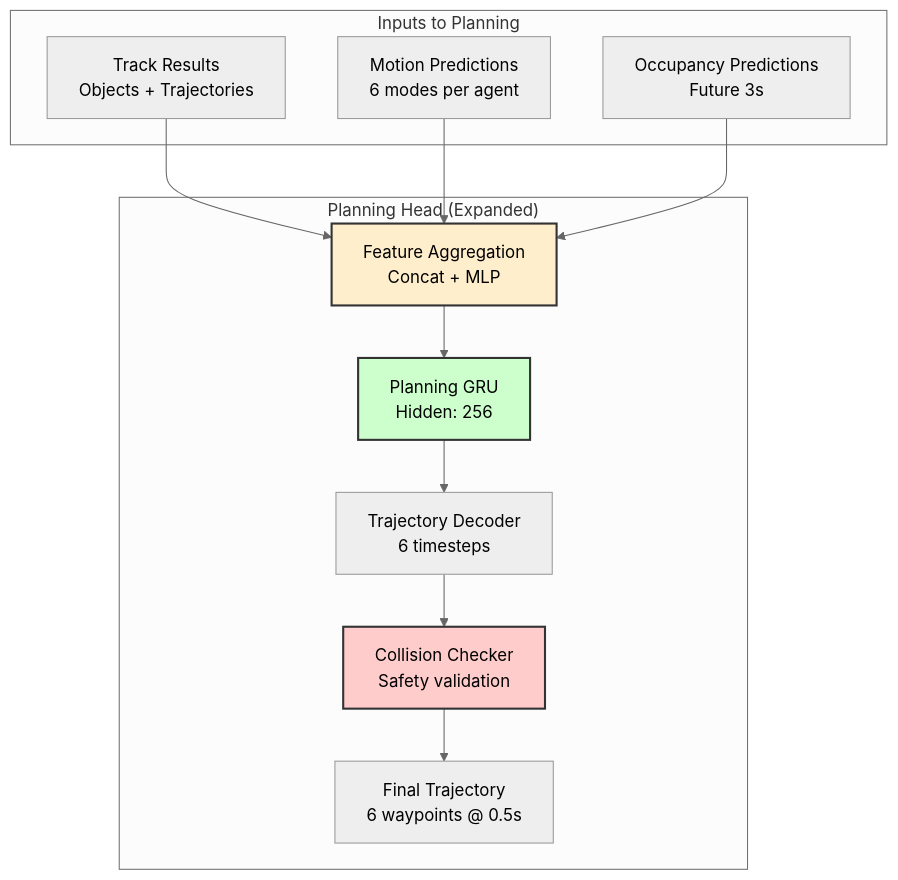
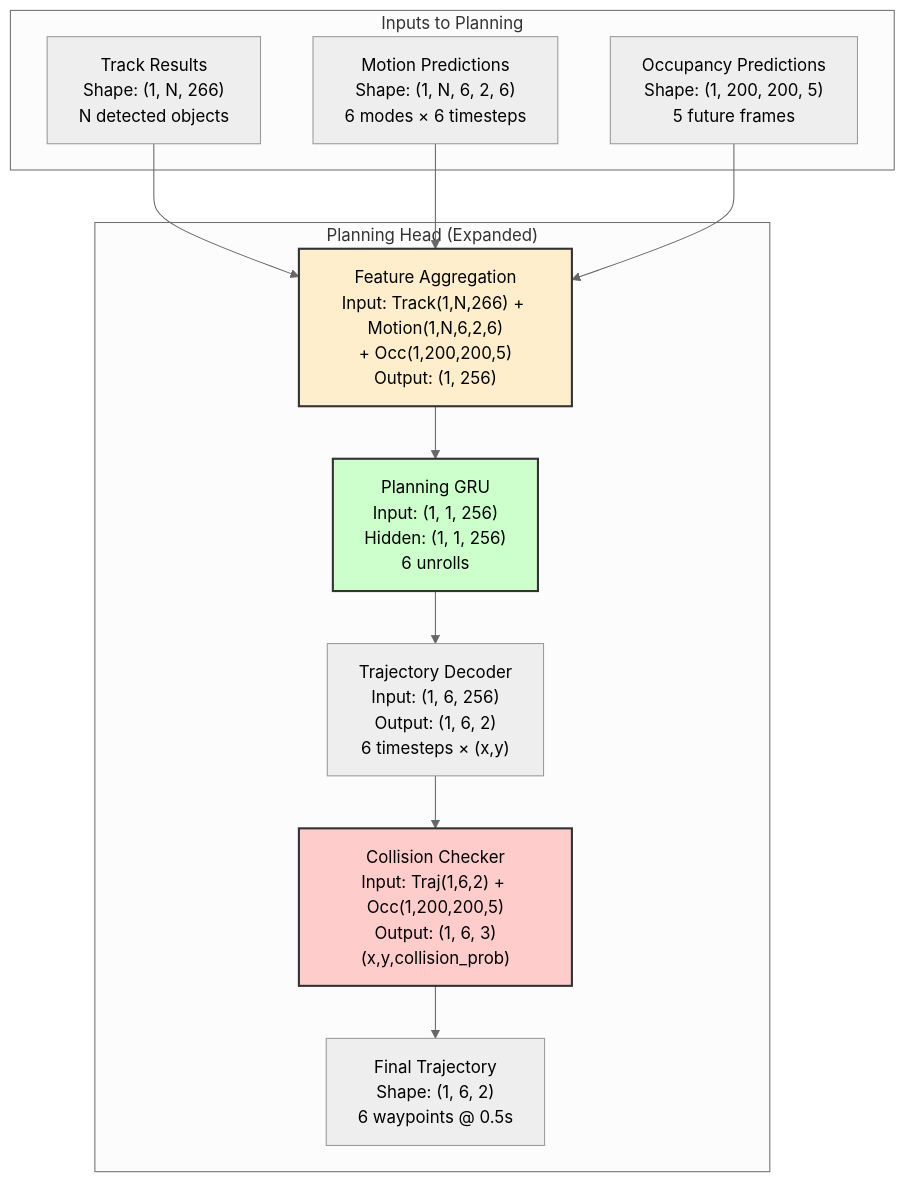
The fifth of 9 diagrams in tools/pytorch_op_tracer/SPEC.md (litanlitudan/UniAD), drawn with Mermaid (neutral theme) before and after one commit. The commit also changed other lines of this file, not shown here.

Commit message:
feat: enhance SPEC.md with detailed tensor shape tracking and visualization options for UniAD

````diff
--- a/tools/pytorch_op_tracer/SPEC.md
+++ b/tools/pytorch_op_tracer/SPEC.md
@@ -555,27 +698,27 @@
 ```mermaid
 graph TB
-    %% Expanded view of Planning Head with dependencies
+    %% Expanded view of Planning Head with tensor shapes
     subgraph "Inputs to Planning"
-        TrackResults[Track Results<br/>Objects + Trajectories]
-        MotionPred[Motion Predictions<br/>6 modes per agent]
-        OccPred[Occupancy Predictions<br/>Future 3s]
+        TrackResults["Track Results<br/>Shape: (1, N, 266)<br/>N detected objects"]
+        MotionPred["Motion Predictions<br/>Shape: (1, N, 6, 2, 6)<br/>6 modes × 6 timesteps"]
+        OccPred["Occupancy Predictions<br/>Shape: (1, 200, 200, 5)<br/>5 future frames"]
     end
     
     subgraph "Planning Head (Expanded)"
-        TrackResults --> FeatureAgg[Feature Aggregation<br/>Concat + MLP]
+        TrackResults --> FeatureAgg["Feature Aggregation<br/>Input: Track(1,N,266) + Motion(1,N,6,2,6)<br/>+ Occ(1,200,200,5)<br/>Output: (1, 256)"]
         MotionPred --> FeatureAgg
         OccPred --> FeatureAgg
         
-        FeatureAgg --> PlanningGRU[Planning GRU<br/>Hidden: 256]
+        FeatureAgg --> PlanningGRU["Planning GRU<br/>Input: (1, 1, 256)<br/>Hidden: (1, 1, 256)<br/>6 unrolls"]
         
-        PlanningGRU --> TrajDecoder[Trajectory Decoder<br/>6 timesteps]
+        PlanningGRU --> TrajDecoder["Trajectory Decoder<br/>Input: (1, 6, 256)<br/>Output: (1, 6, 2)<br/>6 timesteps × (x,y)"]
         
-        TrajDecoder --> CollisionCheck[Collision Checker<br/>Safety validation]
+        TrajDecoder --> CollisionCheck["Collision Checker<br/>Input: Traj(1,6,2) + Occ(1,200,200,5)<br/>Output: (1, 6, 3)<br/>(x,y,collision_prob)"]
         
-        CollisionCheck --> FinalTraj[Final Trajectory<br/>6 waypoints @ 0.5s]
+        CollisionCheck --> FinalTraj["Final Trajectory<br/>Shape: (1, 6, 2)<br/>6 waypoints @ 0.5s"]
     end
     
     style FeatureAgg fill:#ffeecc,stroke:#333,stroke-width:2px
     style PlanningGRU fill:#ccffcc,stroke:#333,stroke-width:2px
     style CollisionCheck fill:#ffcccc,stroke:#333,stroke-width:2px
 ```
````
